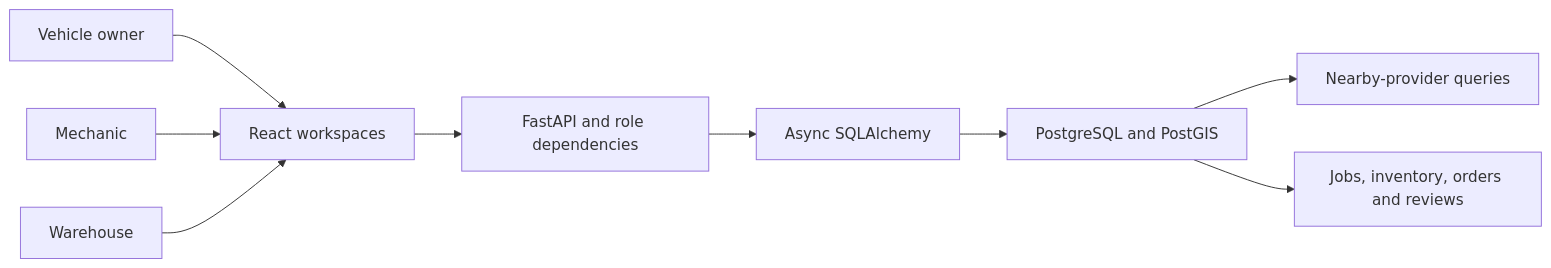
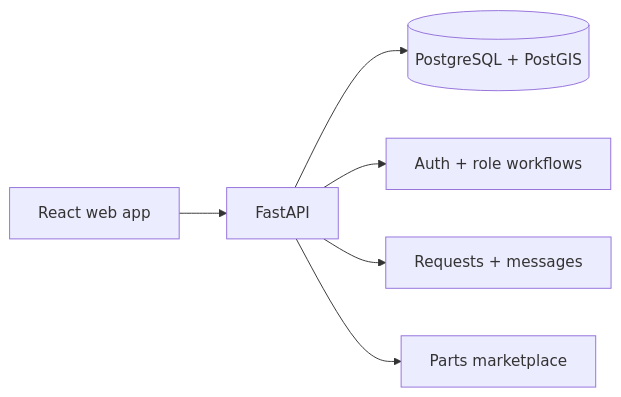
Before and after one commit to aneeshreddy2304/Wingman: the diagram in README.md, drawn with Mermaid. The commit also changed other lines of this file and 7 other files, not shown here.

````diff
--- a/README.md
+++ b/README.md
@@ -31,11 +24,8 @@
 ```mermaid
 flowchart LR
-    O[Vehicle owner] --> UI[React workspaces]
-    M[Mechanic] --> UI
-    W[Warehouse] --> UI
-    UI --> API[FastAPI and role dependencies]
-    API --> ORM[Async SQLAlchemy]
-    ORM --> DB[PostgreSQL and PostGIS]
-    DB --> GEO[Nearby-provider queries]
-    DB --> JOB[Jobs, inventory, orders and reviews]
+  A[React web app] --> B[FastAPI]
+  B --> C[(PostgreSQL + PostGIS)]
+  B --> D[Auth + role workflows]
+  B --> E[Requests + messages]
+  B --> F[Parts marketplace]
 ```
````
